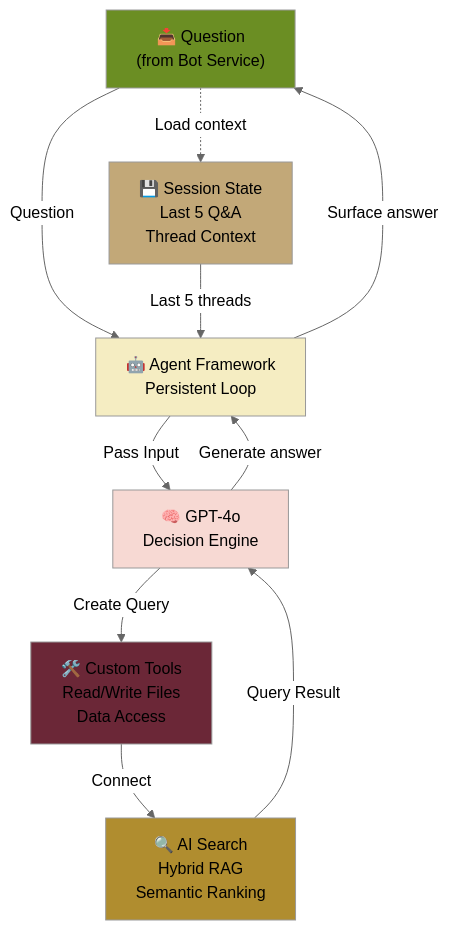
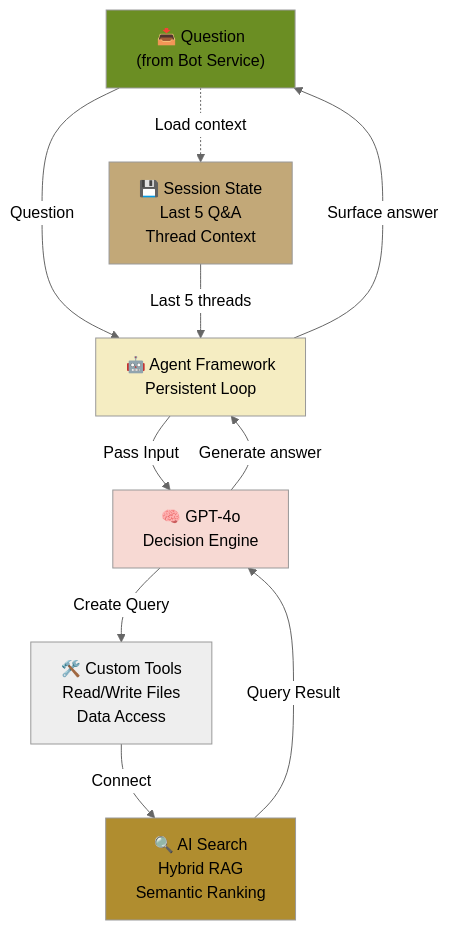
The second of 3 diagrams in README.md (gabycb/rag-sample-copy), drawn with Mermaid (neutral theme) before and after one commit.

Commit message:
Change Tools style color to white
Updated Tools style color in the README.

````diff
--- a/README.md
+++ b/README.md
@@ -74,33 +74,33 @@
 ```mermaid
 graph TB
     Input["📥 Question<br/>(from Bot Service)"]
     
     SessionMgr["💾 Session State<br/>Last 5 Q&A<br/>Thread Context"]
     
     Agent["🤖 Agent Framework<br/>Persistent Loop"]
     
     LLM["🧠 GPT-4o<br/>Decision Engine"]
     
     Tools["🛠️ Custom Tools<br/>Read/Write Files<br/>Data Access"]
     
     Search["🔍 AI Search<br/>Hybrid RAG<br/>Semantic Ranking"]
         
     Input -->|Question| Agent
     Input -.->|Load context| SessionMgr
     SessionMgr -->|Last 5 threads| Agent
     
     Agent -->|Pass Input| LLM
     LLM -->|Create Query| Tools
     Tools -->|Connect| Search
     Search -->|Query Result| LLM
     
     LLM -->|Generate answer| Agent
     Agent -->|Surface answer| Input
     
     style Input fill:#6B8E23
     style Agent fill:#F5EDC2
     style LLM fill:#F7D9D3
     style SessionMgr fill:#C2A878
-    style Tools fill:#6B2737
+    style Tools fill:#6B2737m color:#FFFFFF
     style Search fill:#B08D2F
 ```
````
